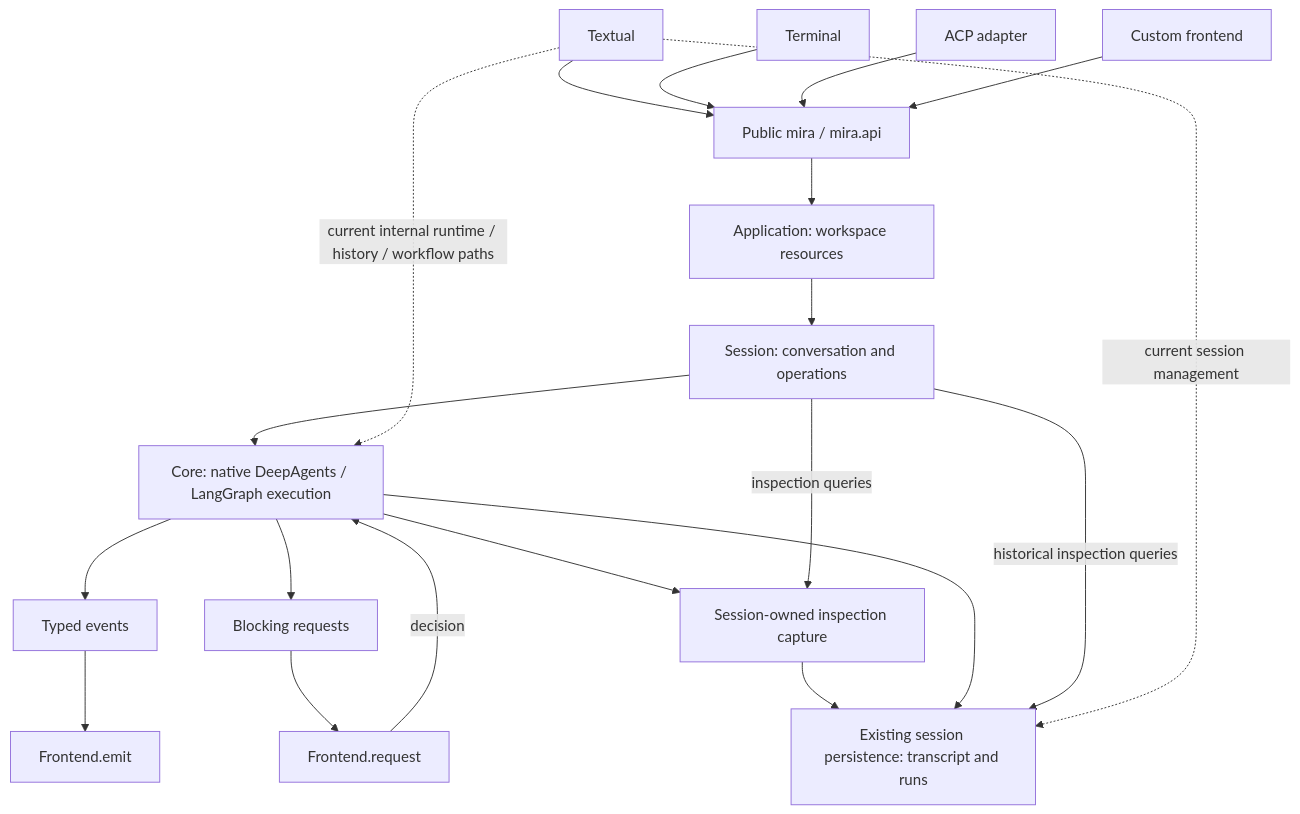
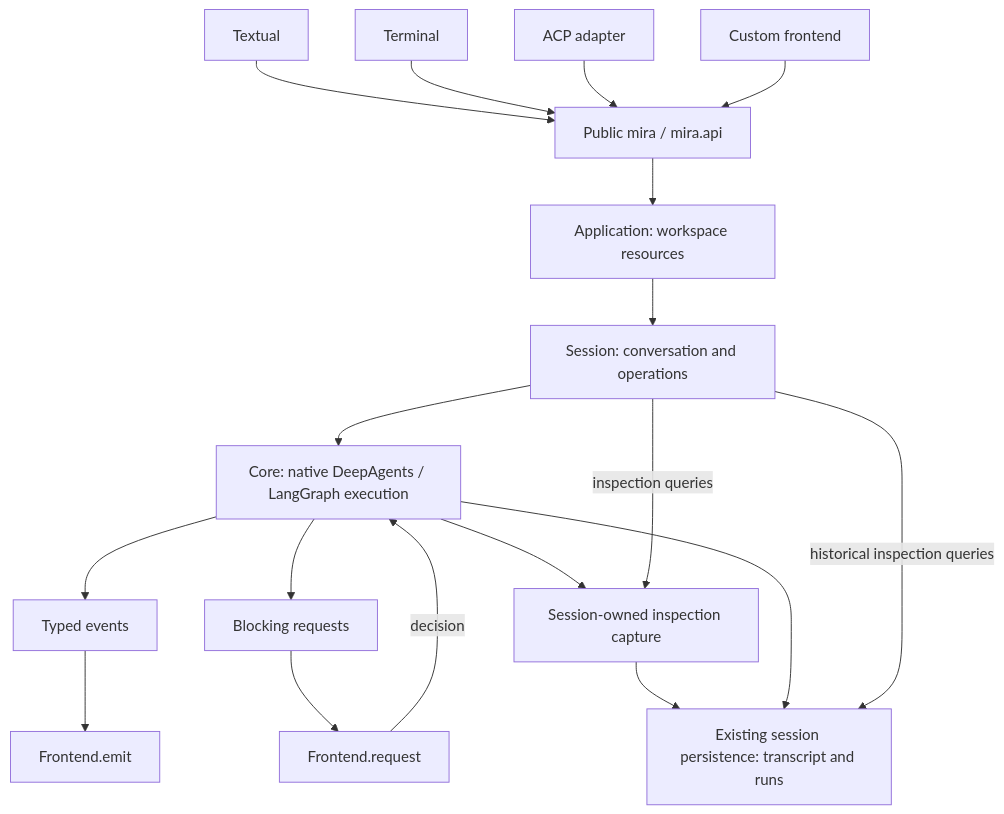
Before and after one commit to howewenann/mira: the first of 6 diagrams in docs/frontend-architecture.md, drawn with Mermaid. The commit also changed other lines of this file and 76 other files, not shown here.

````diff
--- a/docs/frontend-architecture.md
+++ b/docs/frontend-architecture.md
@@ -29,22 +29,20 @@
 ```mermaid
 flowchart TD
     T[Textual] --> API[Public mira / mira.api]
     P[Terminal] --> API
     A[ACP adapter] --> API
     X[Custom frontend] --> API
     API --> App[Application: workspace resources]
     App --> S[Session: conversation and operations]
     S --> E[Core: native DeepAgents / LangGraph execution]
     E --> Events[Typed events]
     Events --> F[Frontend.emit]
     E --> Requests[Blocking requests]
     Requests --> R[Frontend.request]
     R -->|decision| E
     E --> I[Session-owned inspection capture]
     I --> D[Existing session persistence: transcript and runs]
     E --> D
     S -->|inspection queries| I
     S -->|historical inspection queries| D
-    T -. current internal runtime / history / workflow paths .-> E
-    T -. current session management .-> D
 ```
````
